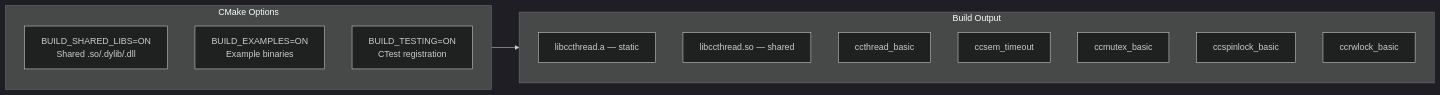
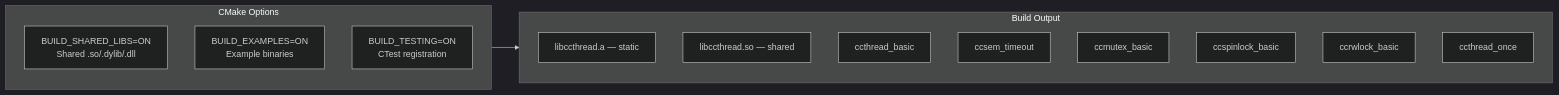
Before and after one commit to CandyMi/ccthread: the third of 4 diagrams in docs/README.md, drawn with Mermaid (dark theme). The commit also changed other lines of this file and 6 other files, not shown here.

First line of the commit message:
feat(ccthread): add ccthread_once primitive and fix memory safety issues

````diff
--- a/docs/README.md
+++ b/docs/README.md
@@ -63,20 +64,21 @@
 ```mermaid
 graph LR
     subgraph CMake["CMake Options"]
         O1[BUILD_SHARED_LIBS=ON<br/>Shared .so/.dylib/.dll]
         O2[BUILD_EXAMPLES=ON<br/>Example binaries]
         O3[BUILD_TESTING=ON<br/>CTest registration]
     end
 
     subgraph Output["Build Output"]
         L1[libccthread.a — static]
         L2[libccthread.so — shared]
         E1[ccthread_basic]
         E2[ccsem_timeout]
         E3[ccmutex_basic]
         E4[ccspinlock_basic]
         E5[ccrwlock_basic]
+        E6[ccthread_once]
     end
 
     CMake --> Output
 ```
````
